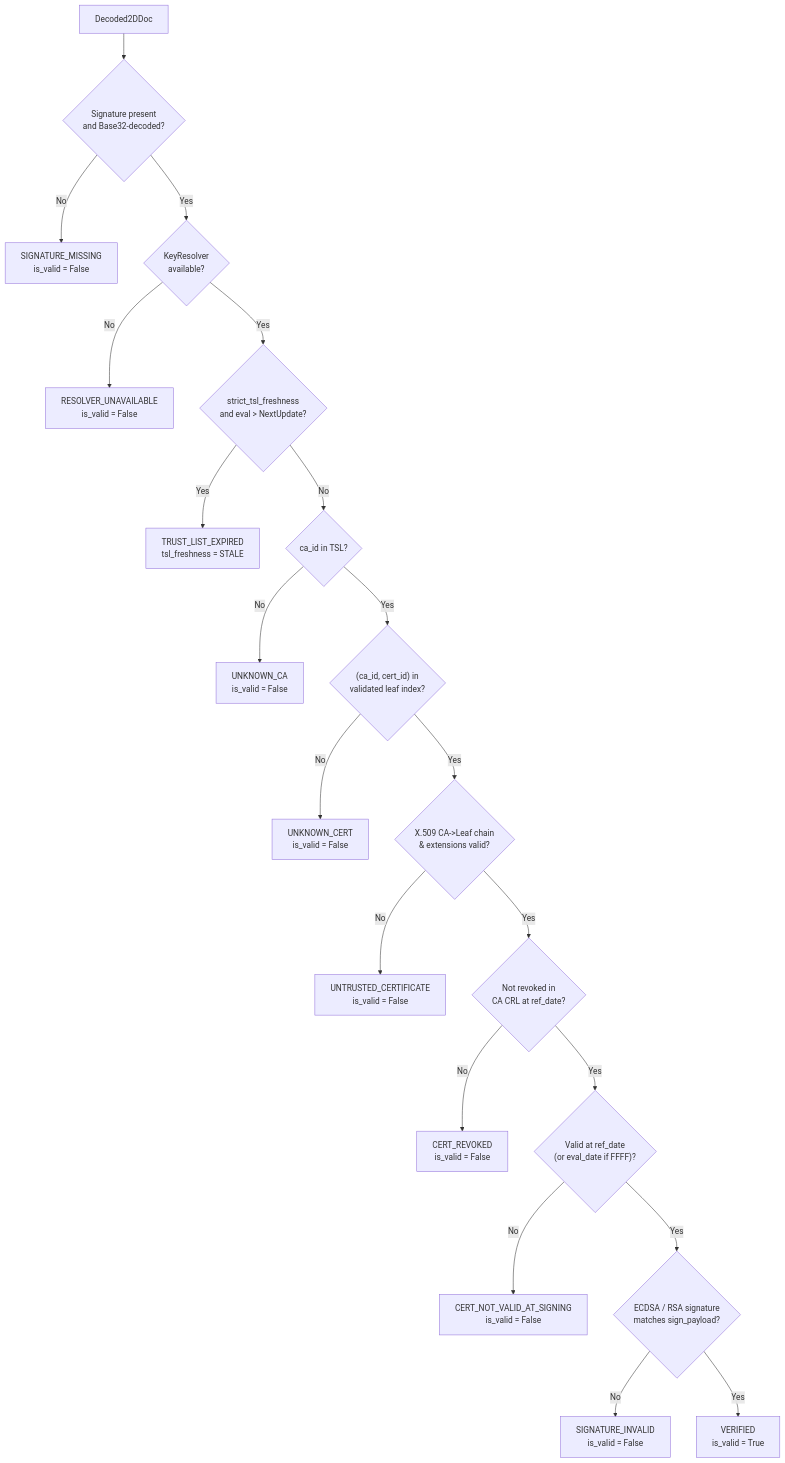
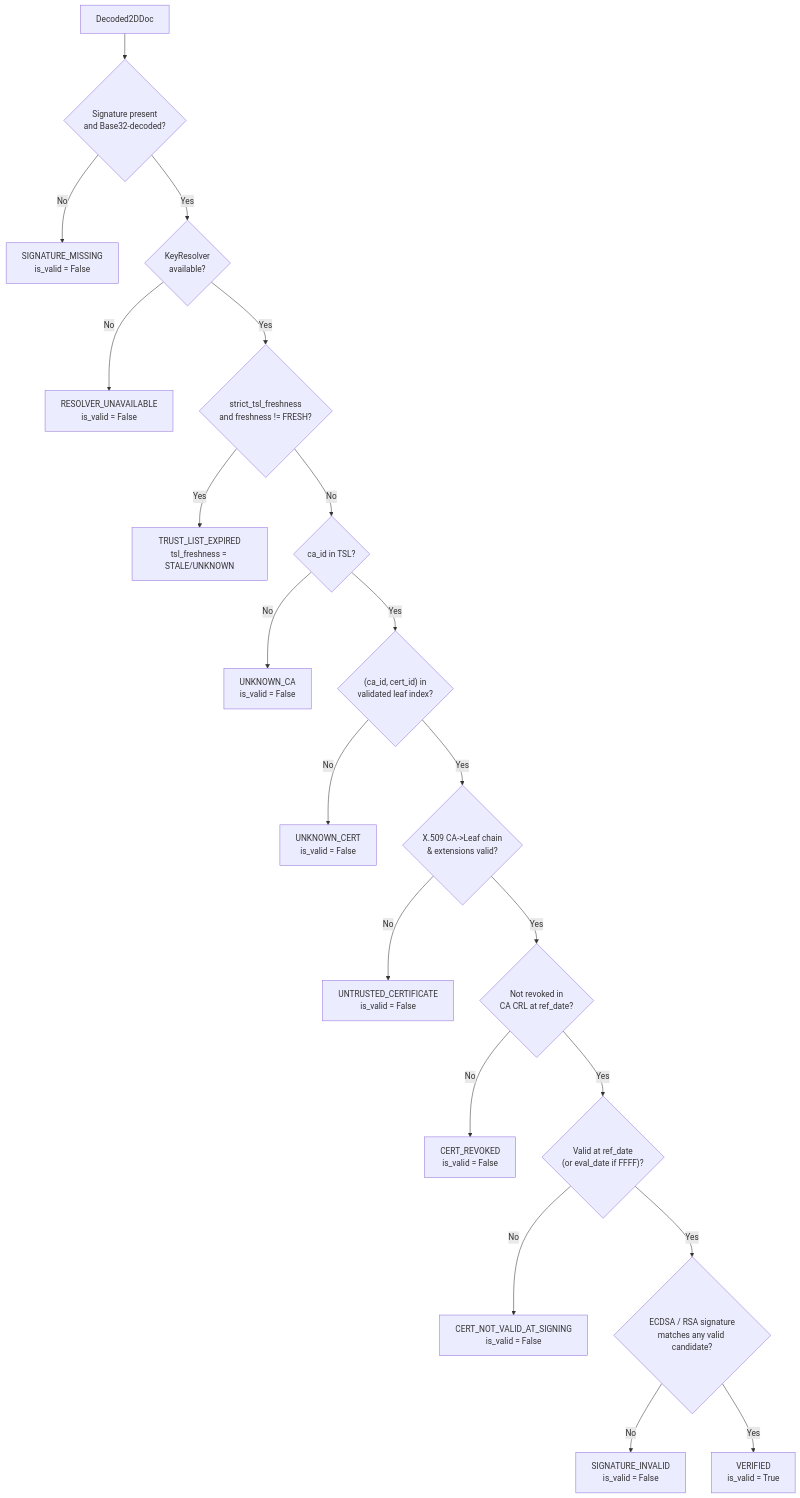
Before and after one commit to betagouv/2ddoc-parser: the second of 2 diagrams in docs/PKI_TRUST_ARCHITECTURE.md, drawn with Mermaid. The commit also changed other lines of this file and 6 other files, not shown here.

````diff
--- a/docs/PKI_TRUST_ARCHITECTURE.md
+++ b/docs/PKI_TRUST_ARCHITECTURE.md
@@ -70,22 +70,22 @@
 ```mermaid
 flowchart TD
     START["Decoded2DDoc"] --> SIG_PRES{"Signature present<br/>and Base32-decoded?"}
     SIG_PRES -- No --> ST_MISS["SIGNATURE_MISSING<br/>is_valid = False"]
     SIG_PRES -- Yes --> RES_AVAIL{"KeyResolver<br/>available?"}
     RES_AVAIL -- No --> ST_UNAVAIL["RESOLVER_UNAVAILABLE<br/>is_valid = False"]
-    RES_AVAIL -- Yes --> TSL_FRESH{"strict_tsl_freshness<br/>and eval > NextUpdate?"}
-    TSL_FRESH -- Yes --> ST_EXP["TRUST_LIST_EXPIRED<br/>tsl_freshness = STALE"]
+    RES_AVAIL -- Yes --> TSL_FRESH{"strict_tsl_freshness<br/>and freshness != FRESH?"}
+    TSL_FRESH -- Yes --> ST_EXP["TRUST_LIST_EXPIRED<br/>tsl_freshness = STALE/UNKNOWN"]
     TSL_FRESH -- No --> CA_OK{"ca_id in TSL?"}
     CA_OK -- No --> ST_CA["UNKNOWN_CA<br/>is_valid = False"]
     CA_OK -- Yes --> CERT_OK{"(ca_id, cert_id) in<br/>validated leaf index?"}
     CERT_OK -- No --> ST_CERT["UNKNOWN_CERT<br/>is_valid = False"]
     CERT_OK -- Yes --> CHAIN_OK{"X.509 CA->Leaf chain<br/>& extensions valid?"}
     CHAIN_OK -- No --> ST_UNTR["UNTRUSTED_CERTIFICATE<br/>is_valid = False"]
     CHAIN_OK -- Yes --> CRL_OK{"Not revoked in<br/>CA CRL at ref_date?"}
     CRL_OK -- No --> ST_REV["CERT_REVOKED<br/>is_valid = False"]
     CRL_OK -- Yes --> DATE_OK{"Valid at ref_date<br/>(or eval_date if FFFF)?"}
     DATE_OK -- No --> ST_DATE["CERT_NOT_VALID_AT_SIGNING<br/>is_valid = False"]
-    DATE_OK -- Yes --> MATH_OK{"ECDSA / RSA signature<br/>matches sign_payload?"}
+    DATE_OK -- Yes --> MATH_OK{"ECDSA / RSA signature<br/>matches any valid candidate?"}
     MATH_OK -- No --> ST_SIGINV["SIGNATURE_INVALID<br/>is_valid = False"]
     MATH_OK -- Yes --> ST_OK["VERIFIED<br/>is_valid = True"]
 ```
````
